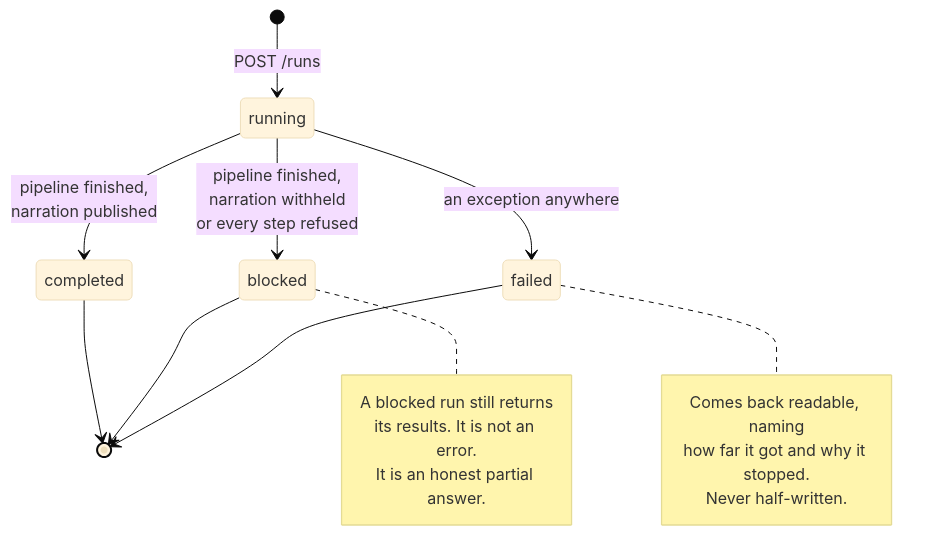
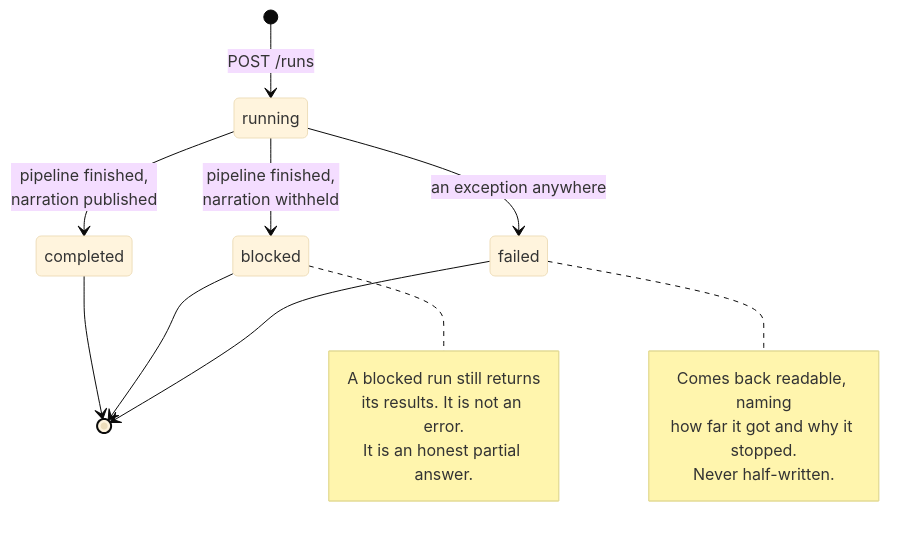
The fourth of 11 diagrams in docs/3-architecture/blueprints.md (VikrantKurada/Econometrica), drawn with Mermaid (base theme) before and after one commit. The commit also changed other lines of this file and 7 other files, not shown here.

````diff
--- a/docs/3-architecture/blueprints.md
+++ b/docs/3-architecture/blueprints.md
@@ -368,24 +385,24 @@
 ```mermaid
 stateDiagram-v2
     [*] --> running: POST /runs
 
     running --> completed: pipeline finished,<br/>narration published
-    running --> blocked: pipeline finished,<br/>narration withheld<br/>or every step refused
+    running --> blocked: pipeline finished,<br/>narration withheld
     running --> failed: an exception anywhere
 
     completed --> [*]
     blocked --> [*]
     failed --> [*]
 
     note right of blocked
         A blocked run still returns
         its results. It is not an error.
         It is an honest partial answer.
     end note
 
     note right of failed
         Comes back readable, naming
         how far it got and why it stopped.
         Never half-written.
     end note
 ```
````
